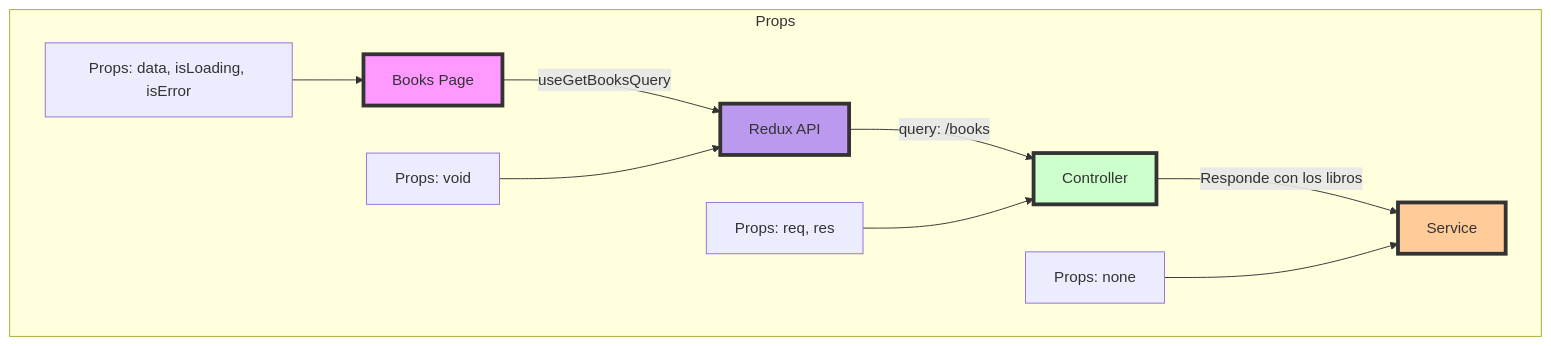
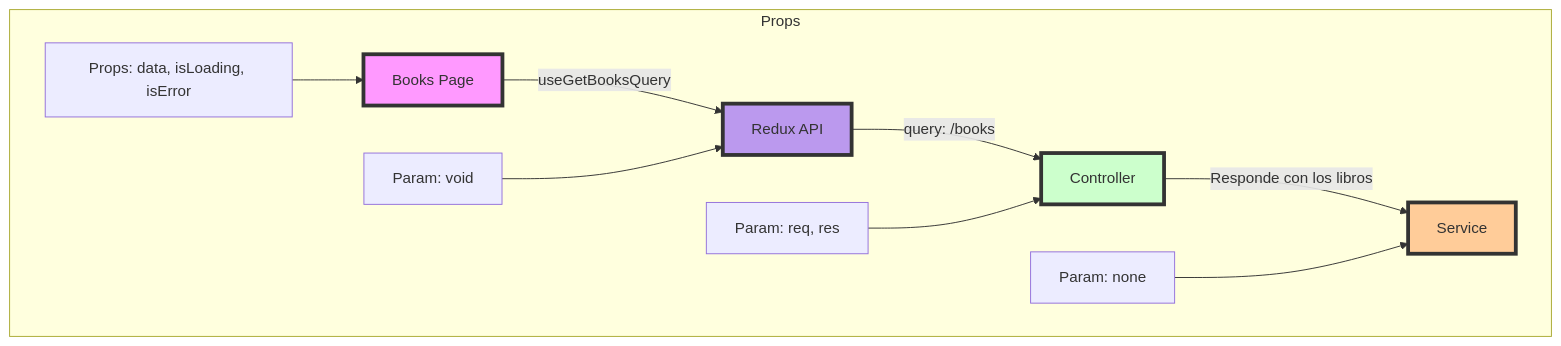
Before and after one commit to FernandoMoyano/EcoReaders: the fourth of 5 diagrams in client/README.md, drawn with Mermaid. The commit also changed other lines of this file, not shown here.

Commit message:
Diagrama de flujo, obtencion de los libros por usuario

````diff
--- a/client/README.md
+++ b/client/README.md
@@ -237,30 +237,30 @@
 ```mermaid
 
 graph TD
     %% Definición de los componentes
     A[Books Page]
     B[Redux API]
     C[Controller]
     D[Service]
 
     %% Conexiones
     A -->|useGetBooksQuery| B
     B -->|query: /books| C
     C -->|Responde con los libros| D
 
     %% Detalles de los Props
     subgraph Props
         A1[Props: data, isLoading, isError] --> A
-        B1[Props: void] --> B
-        C1[Props: req, res] --> C
-        D1[Props: none] --> D
+        B1[Param: void] --> B
+        C1[Param: req, res] --> C
+        D1[Param: none] --> D
     end
 
     %% Estilos
     style A fill:#f9f,stroke:#333,stroke-width:4px
     style B fill:#b9e,stroke:#333,stroke-width:4px
     style C fill:#cfc,stroke:#333,stroke-width:4px
     style D fill:#fc9,stroke:#333,stroke-width:4px
 
 
 ```
````
